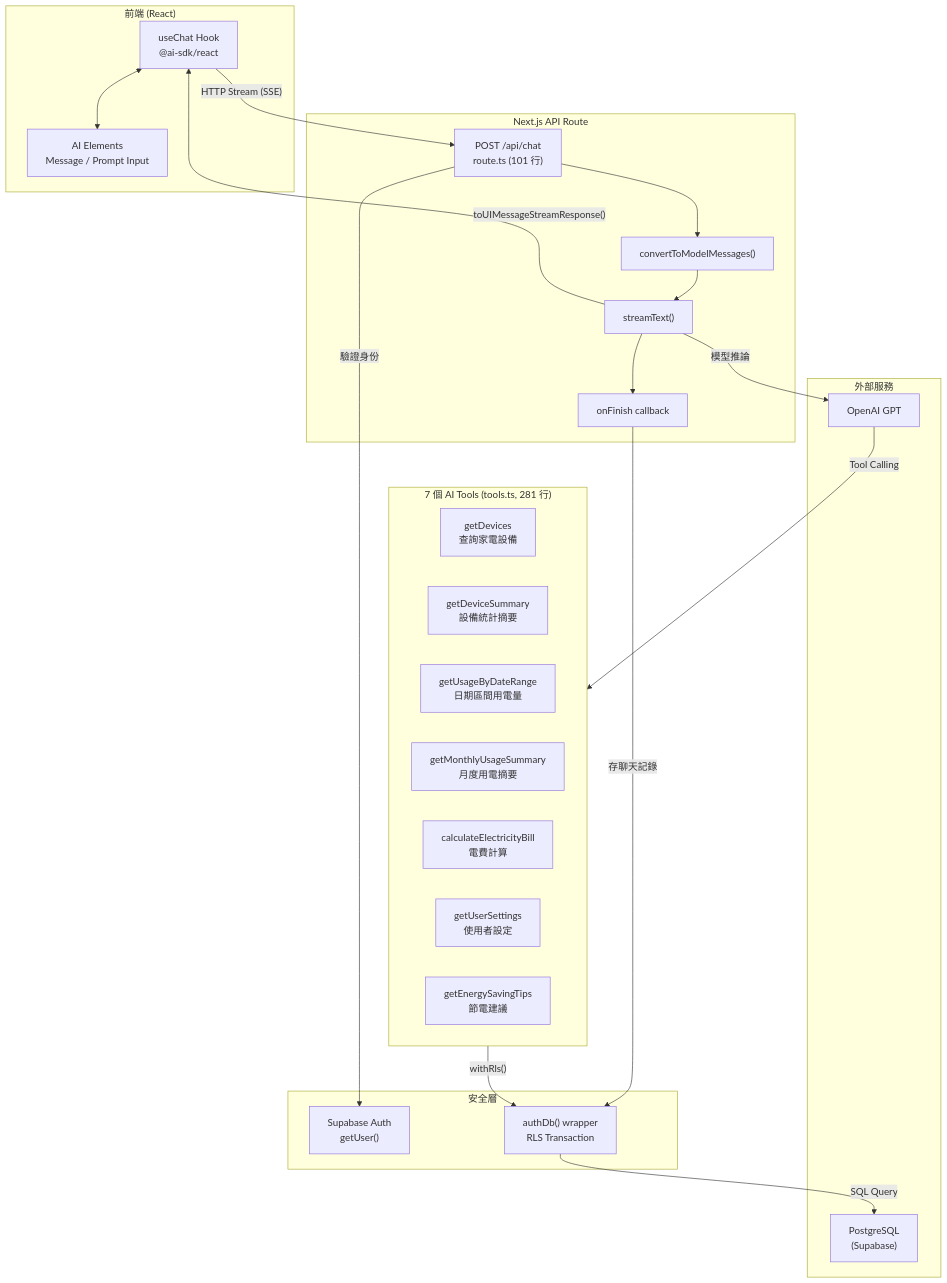
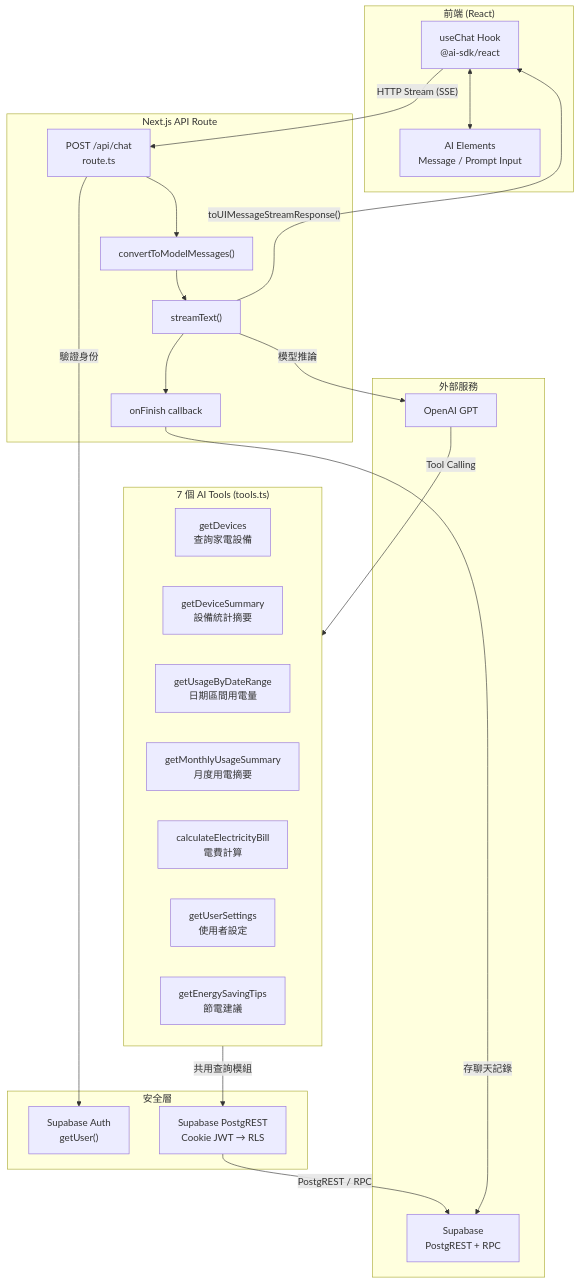
The first of 3 diagrams in docs/ai-sdk-architecture.md (ahwei/HomePower), drawn with Mermaid before and after one commit. The commit also changed other lines of this file and 8 other files, not shown here.

````diff
--- a/docs/ai-sdk-architecture.md
+++ b/docs/ai-sdk-architecture.md
@@ -5,46 +5,46 @@
 ```mermaid
 graph TB
     subgraph Frontend["前端 (React)"]
         UC["useChat Hook<br/>@ai-sdk/react"]
         AE["AI Elements<br/>Message / Prompt Input"]
         UC <--> AE
     end
 
     subgraph API["Next.js API Route"]
-        RT["POST /api/chat<br/>route.ts (101 行)"]
+        RT["POST /api/chat<br/>route.ts"]
         ST["streamText()"]
         CM["convertToModelMessages()"]
         OF["onFinish callback"]
         RT --> CM --> ST
         ST --> OF
     end
 
-    subgraph Tools["7 個 AI Tools (tools.ts, 281 行)"]
+    subgraph Tools["7 個 AI Tools (tools.ts)"]
         T1["getDevices<br/>查詢家電設備"]
         T2["getDeviceSummary<br/>設備統計摘要"]
         T3["getUsageByDateRange<br/>日期區間用電量"]
         T4["getMonthlyUsageSummary<br/>月度用電摘要"]
         T5["calculateElectricityBill<br/>電費計算"]
         T6["getUserSettings<br/>使用者設定"]
         T7["getEnergySavingTips<br/>節電建議"]
     end
 
     subgraph Security["安全層"]
         AUTH["Supabase Auth<br/>getUser()"]
-        RLS["authDb() wrapper<br/>RLS Transaction"]
+        RLS["Supabase PostgREST<br/>Cookie JWT → RLS"]
     end
 
     subgraph External["外部服務"]
         OAI["OpenAI GPT"]
-        PG["PostgreSQL<br/>(Supabase)"]
+        SB["Supabase<br/>PostgREST + RPC"]
     end
 
     UC -- "HTTP Stream (SSE)" --> RT
     RT -- "驗證身份" --> AUTH
     ST -- "模型推論" --> OAI
     OAI -- "Tool Calling" --> Tools
-    Tools -- "withRls()" --> RLS
-    RLS -- "SQL Query" --> PG
-    OF -- "存聊天記錄" --> RLS
+    Tools -- "共用查詢模組" --> RLS
+    RLS -- "PostgREST / RPC" --> SB
+    OF -- "存聊天記錄" --> SB
     ST -- "toUIMessageStreamResponse()" --> UC
 ```
````
